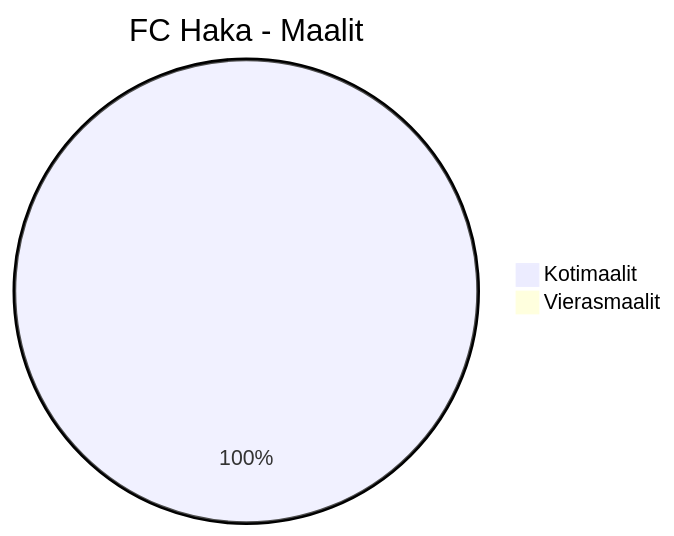
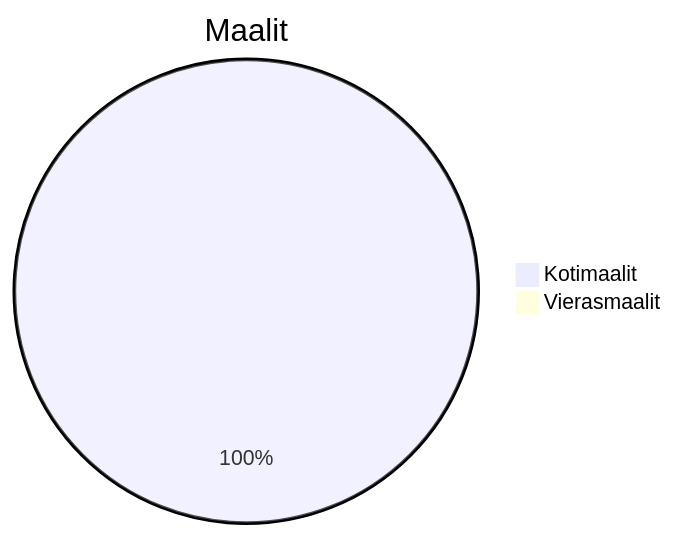
The seventh of 27 diagrams in Yleisö2025.md (Linux88888/Veikkausliiga2025), drawn with Mermaid before and after one commit. The commit also changed other lines of this file, not shown here.

````diff
--- a/Yleisö2025.md
+++ b/Yleisö2025.md
@@ -59,5 +57,5 @@
 ```mermaid
-pie title FC Haka - Maalit
+pie title Maalit
     "Kotimaalit" : 5
     "Vierasmaalit" : 0
 ```
````
